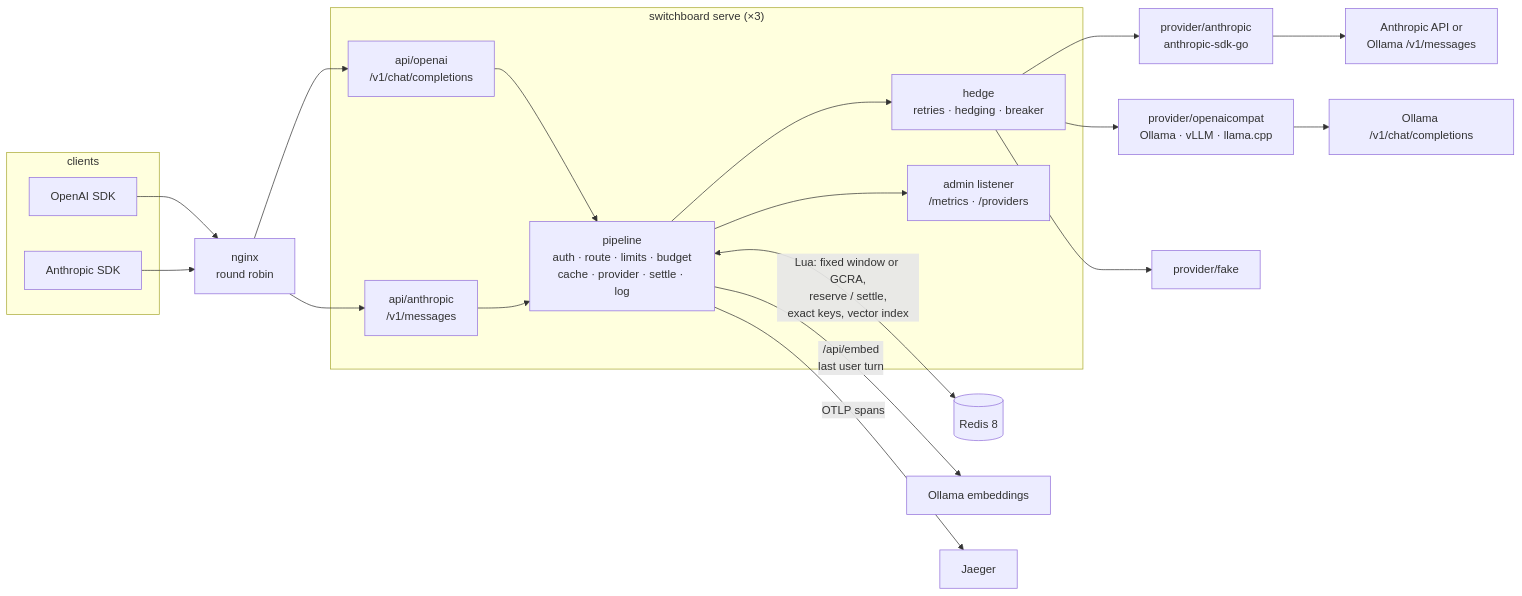
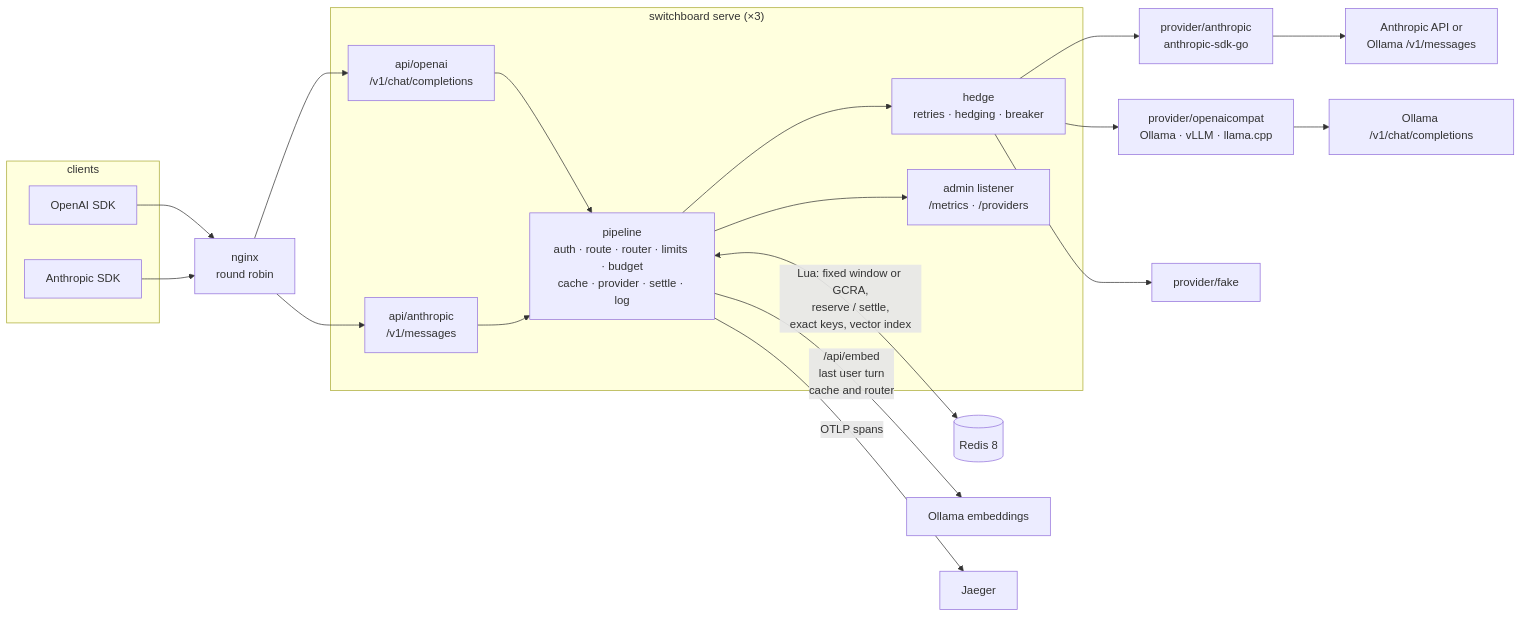
Before and after one commit to TheAsianFish/switchboard: the diagram in README.md, drawn with Mermaid. The commit also changed other lines of this file and 67 other files, not shown here.

````diff
--- a/README.md
+++ b/README.md
@@ -117,31 +138,31 @@
 ```mermaid
 flowchart LR
   subgraph clients
     O[OpenAI SDK]
     A[Anthropic SDK]
   end
   LB[nginx<br/>round robin]
   subgraph gw["switchboard serve (×3)"]
     FO[api/openai<br/>/v1/chat/completions]
     FA[api/anthropic<br/>/v1/messages]
-    P[pipeline<br/>auth · route · limits · budget<br/>cache · provider · settle · log]
+    P[pipeline<br/>auth · route · router · limits · budget<br/>cache · provider · settle · log]
     H[hedge<br/>retries · hedging · breaker]
     M[admin listener<br/>/metrics · /providers]
     FO --> P
     FA --> P
     P --> M
   end
   O --> LB
   A --> LB
   LB --> FO
   LB --> FA
   P <-->|Lua: fixed window or GCRA,<br/>reserve / settle,<br/>exact keys, vector index| R[(Redis 8)]
-  P -->|/api/embed<br/>last user turn| E[Ollama embeddings]
+  P -->|/api/embed<br/>last user turn<br/>cache and router| E[Ollama embeddings]
   P -->|OTLP spans| J[Jaeger]
   P --> H
   H --> PA[provider/anthropic<br/>anthropic-sdk-go]
   H --> PO[provider/openaicompat<br/>Ollama · vLLM · llama.cpp]
   H --> PF[provider/fake]
   PA --> ANT[Anthropic API or<br/>Ollama /v1/messages]
   PO --> OL[Ollama /v1/chat/completions]
 ```
````
